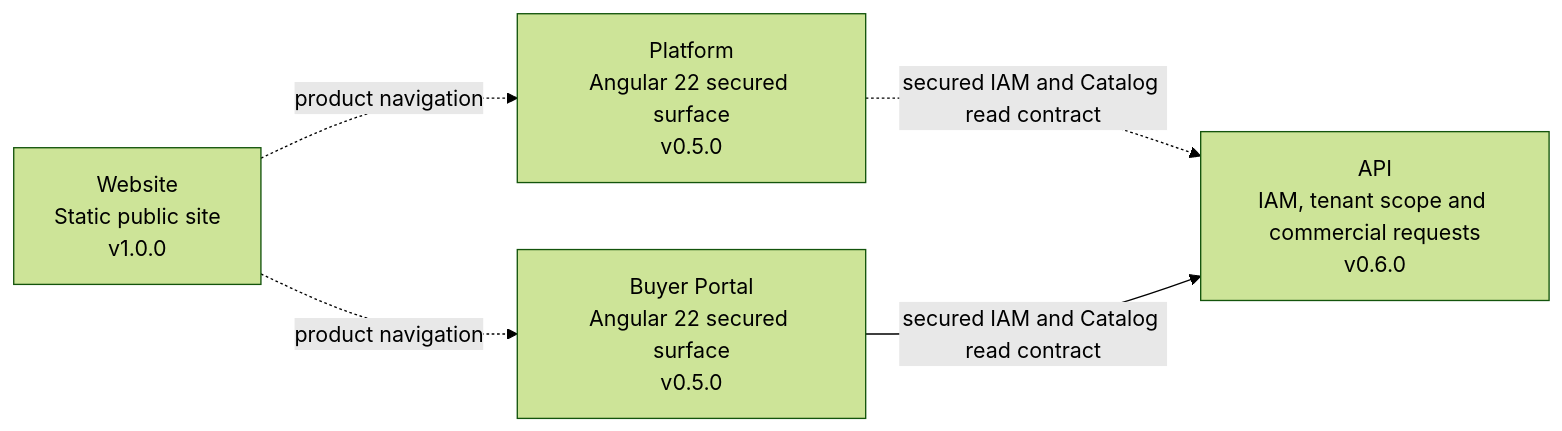
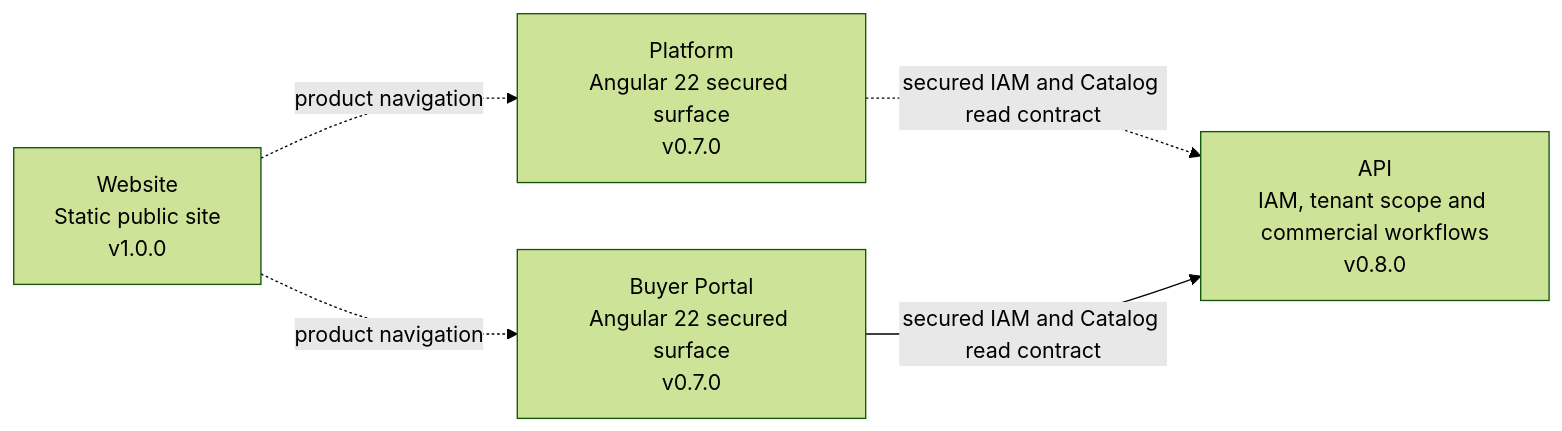
The diagram in README.md (nexa-suite/portal), drawn with Mermaid (forest theme) before and after one commit. The commit also changed other lines of this file and 5 other files, not shown here.

````diff
--- a/README.md
+++ b/README.md
@@ -29,12 +31,12 @@
 ```mermaid
 flowchart LR
     Website["Website<br/>Static public site<br/>v1.0.0"]
-    Platform["Platform<br/>Angular 22 secured surface<br/>v0.5.0"]
-    Portal["Buyer Portal<br/>Angular 22 secured surface<br/>v0.5.0"]
-    API["API<br/>IAM, tenant scope and commercial requests<br/>v0.6.0"]
+    Platform["Platform<br/>Angular 22 secured surface<br/>v0.7.0"]
+    Portal["Buyer Portal<br/>Angular 22 secured surface<br/>v0.7.0"]
+    API["API<br/>IAM, tenant scope and commercial workflows<br/>v0.8.0"]
 
     Website -. "product navigation" .-> Platform
     Website -. "product navigation" .-> Portal
     Platform -. "secured IAM and Catalog read contract" .-> API
     Portal -->|"secured IAM and Catalog read contract"| API
 ```
````
